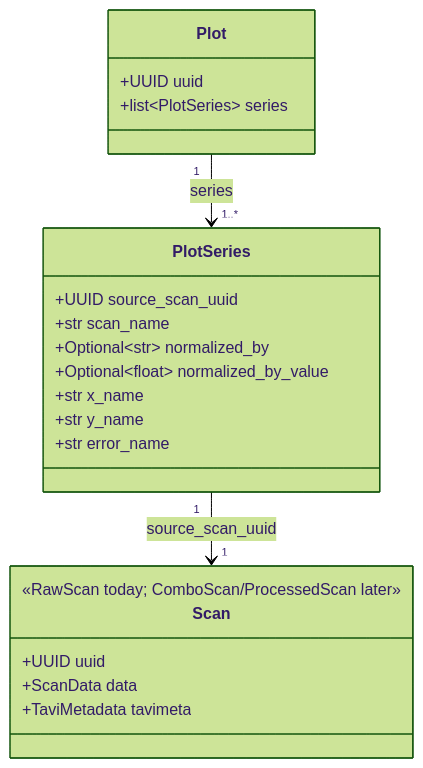
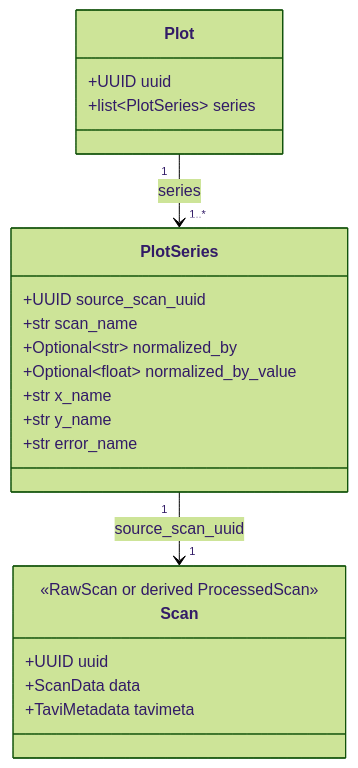
Before and after one commit to neutrons/TAVI: the first of 2 diagrams in docs/source/design/frontend/plot_data_model.rst, drawn with Mermaid (forest theme). The commit also changed other lines of this file and 12 other files, not shown here.

```diff
--- a/docs/source/design/frontend/plot_data_model.rst
+++ b/docs/source/design/frontend/plot_data_model.rst
@@ -46,24 +46,24 @@
 .. mermaid::
 
     classDiagram
         class Plot {
             +UUID uuid
             +list~PlotSeries~ series
         }
         class PlotSeries {
             +UUID source_scan_uuid
             +str scan_name
             +Optional~str~ normalized_by
             +Optional~float~ normalized_by_value
             +str x_name
             +str y_name
             +str error_name
         }
         class Scan {
-            <<RawScan today; ComboScan/ProcessedScan later>>
+            <<RawScan or derived ProcessedScan>>
             +UUID uuid
             +ScanData data
             +TaviMetadata tavimeta
         }
         Plot "1" --> "1..*" PlotSeries : series
         PlotSeries "1" --> "1" Scan : source_scan_uuid
```
